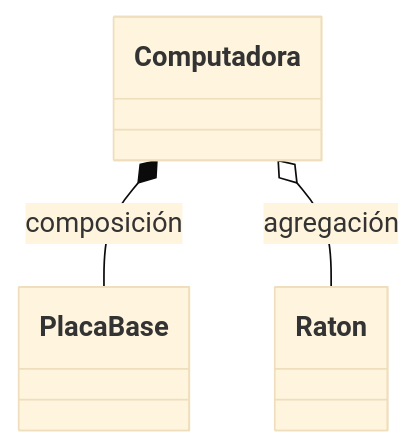
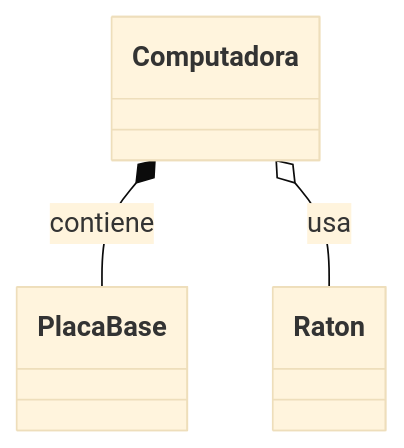
The third of 3 diagrams in README.md (moronlopezalvaro/6.2.Bateria-de-ejercicios), drawn with Mermaid (base theme) before and after one commit.

Commit message:
actualización del ejercicio 3

````diff
--- a/README.md
+++ b/README.md
@@ -32,12 +32,12 @@
 ```mermaid
 classDiagram
     class Computadora
     class PlacaBase
     class Raton
 
-    %% Composición: la PlacaBase no puede existir sin la Computadora
-    Computadora *-- PlacaBase : composición
+    %% Composición (vínculo fuerte)
+    Computadora *-- PlacaBase : contiene
 
-    %% Agregación: el Raton puede existir independientemente
-    Computadora o-- Raton : agregación
+    %% Agregación (vínculo débil)
+    Computadora o-- Raton : usa
 ```
````
